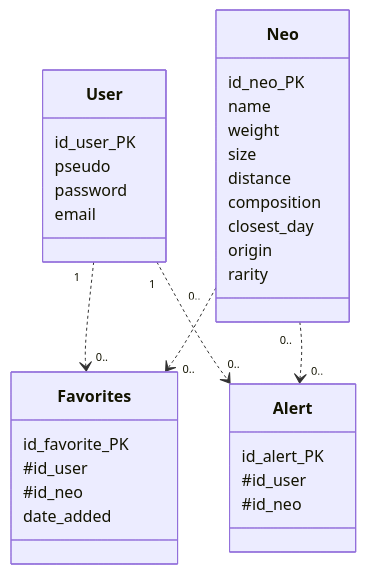
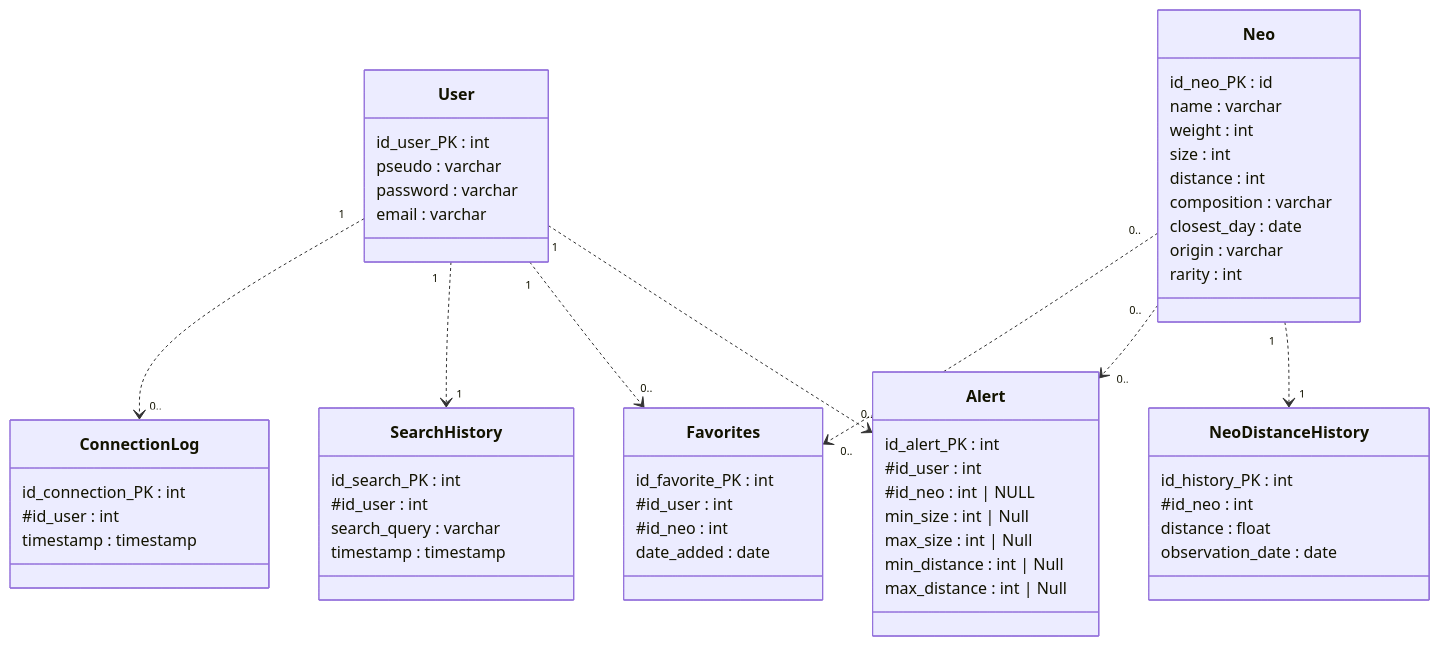
One commit to tristancabre/Projet-info-2A changed the diagram in doc/data_model.md. Above: the diagram before and after it, drawn with Mermaid. The commit also changed 1 other file, not shown here.

Commit message:
data model diagram

````diff
--- a/doc/data_model.md
+++ b/doc/data_model.md
@@ -16,43 +16,71 @@
 ```mermaid
 classDiagram
     %% Business objects
 
     class User {
-        id_user_PK
-        pseudo
-        password
-        email
+        id_user_PK : int
+        pseudo : varchar
+        password : varchar
+        email : varchar
     }
 
     class Neo{
-        id_neo_PK
-        name
-        weight 
-        size
-        distance 
-        composition
-        closest_day
-        origin
-        rarity
+        id_neo_PK : id
+        name : varchar
+        weight : int
+        size : int
+        distance : int
+        composition : varchar
+        closest_day : date
+        origin : varchar
+        rarity : int
     }
 
     class Alert {
-        id_alert_PK
-        #id_user
-        #id_neo
+        id_alert_PK : int
+        #id_user : int
+        #id_neo : int | NULL
+        min_size : int | Null
+        max_size : int | Null
+        min_distance : int | Null
+        max_distance : int | Null
     }
 
     class Favorites {
-        id_favorite_PK
-        #id_user
-        #id_neo
-        date_added 
+        id_favorite_PK : int
+        #id_user : int
+        #id_neo : int
+        date_added : date
     }
 
+    class ConnectionLog {
+        id_connection_PK : int
+        #id_user : int 
+        timestamp : timestamp
+    }
+
+    class SearchHistory {
+        id_search_PK : int
+        #id_user : int
+        search_query : varchar
+        timestamp : timestamp
+    }
+
+    class NeoDistanceHistory {
+        id_history_PK : int
+        #id_neo : int
+        distance : float
+        observation_date : date
+    }
+
+
     %% Relationships
+    Neo "0.." ..> "0.." Favorites
+    Neo "0.." ..> "0.." Alert
+    Neo "1" ..> "1" NeoDistanceHistory
+    User "1" ..> "0.." ConnectionLog
+    User "1" ..> "1" SearchHistory
     User "1" ..> "0.." Favorites
     User "1" ..> "0.." Alert
-    Neo "0.." ..> "0.." Favorites
-    Neo "0.." ..> "0.." Alert
 
 ```
````
